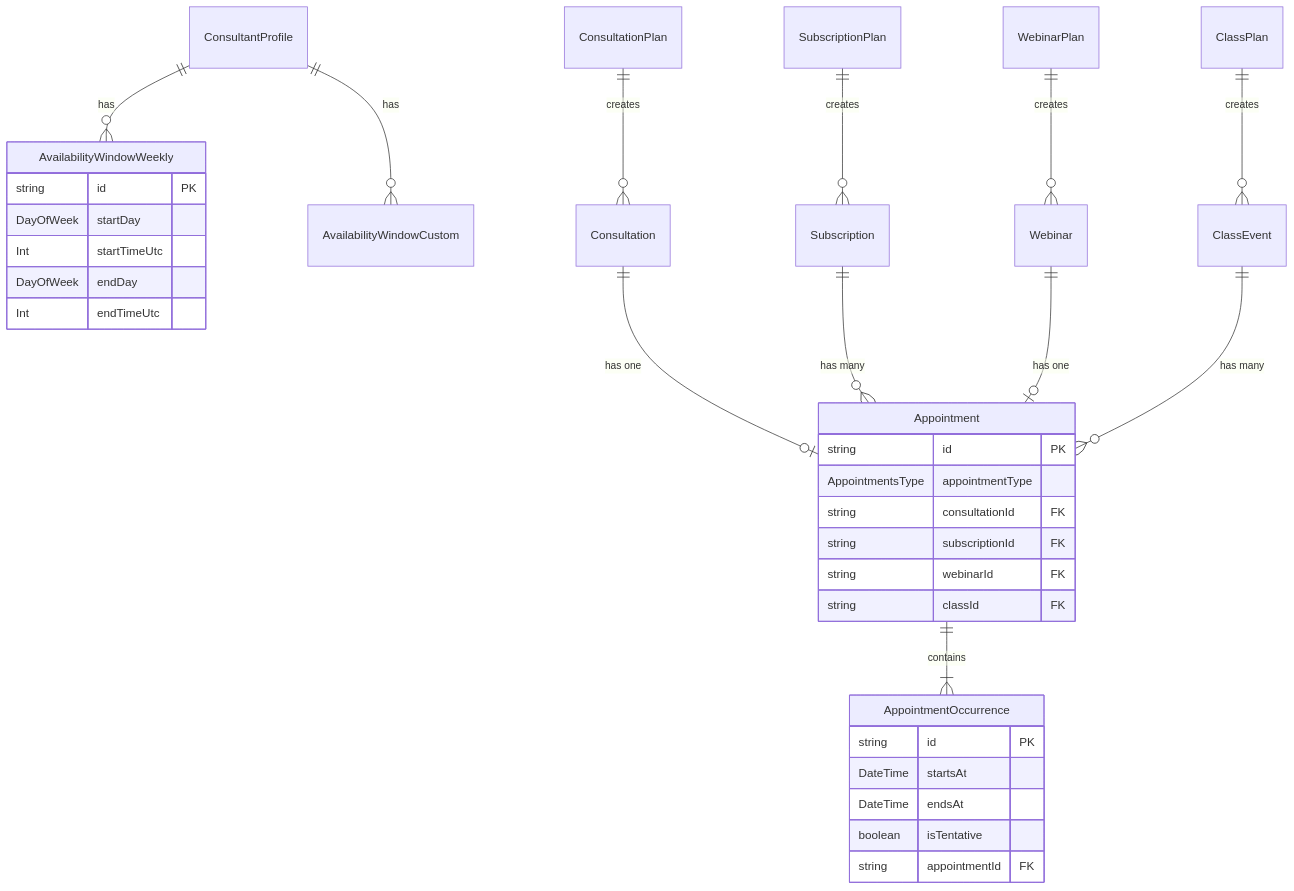
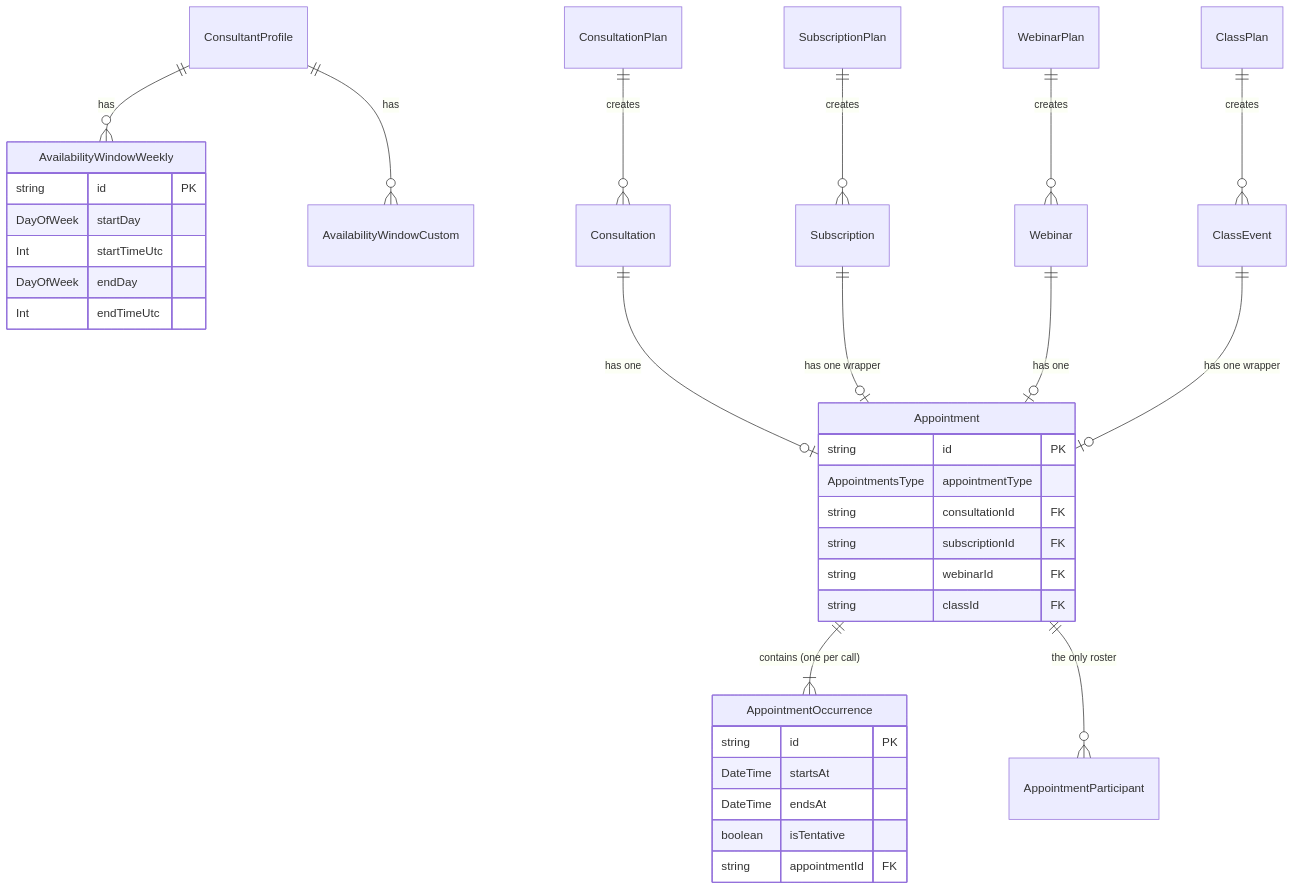
The third of 6 diagrams in docs/booking/01-architecture.md (Practitionist/familiarise_web), drawn with Mermaid before and after one commit. The commit also changed other lines of this file and 3 other files, not shown here.

Commit message:
docs(vocabulary): narrative rewrites for booking lifecycle/architecture and review scoring docs (#1554)

````diff
--- a/docs/booking/01-architecture.md
+++ b/docs/booking/01-architecture.md
@@ -172,42 +174,43 @@
 ```mermaid
 erDiagram
     ConsultantProfile ||--o{ AvailabilityWindowWeekly : has
     ConsultantProfile ||--o{ AvailabilityWindowCustom : has
 
     ConsultationPlan ||--o{ Consultation : creates
     SubscriptionPlan ||--o{ Subscription : creates
     WebinarPlan ||--o{ Webinar : creates
     ClassPlan ||--o{ ClassEvent : creates
 
     Consultation ||--o| Appointment : "has one"
-    Subscription ||--o{ Appointment : "has many"
+    Subscription ||--o| Appointment : "has one wrapper"
     Webinar ||--o| Appointment : "has one"
-    ClassEvent ||--o{ Appointment : "has many"
+    ClassEvent ||--o| Appointment : "has one wrapper"
 
-    Appointment ||--|{ AppointmentOccurrence : contains
+    Appointment ||--|{ AppointmentOccurrence : "contains (one per call)"
+    Appointment ||--o{ AppointmentParticipant : "the only roster"
 
     AvailabilityWindowWeekly {
         string id PK
         DayOfWeek startDay
         Int startTimeUtc
         DayOfWeek endDay
         Int endTimeUtc
     }
 
     Appointment {
         string id PK
         AppointmentsType appointmentType
         string consultationId FK
         string subscriptionId FK
         string webinarId FK
         string classId FK
     }
 
     AppointmentOccurrence {
         string id PK
         DateTime startsAt
         DateTime endsAt
         boolean isTentative
         string appointmentId FK
     }
 ```
````
